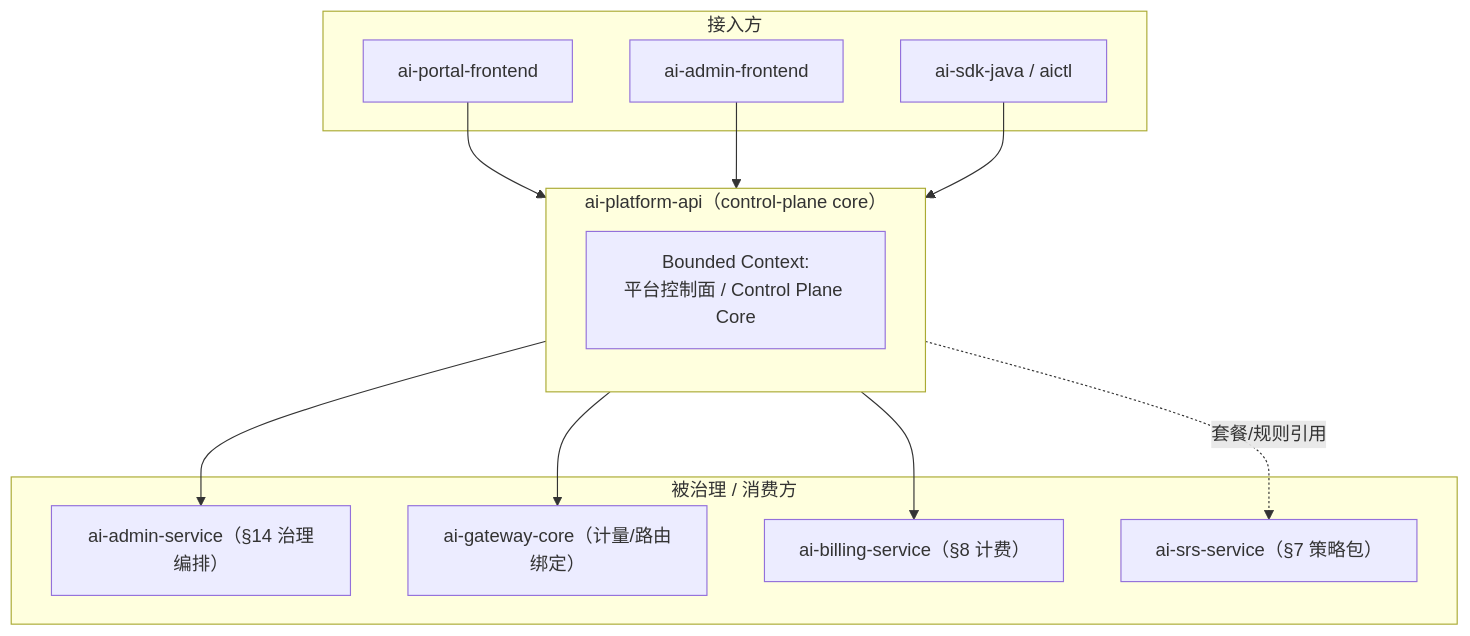
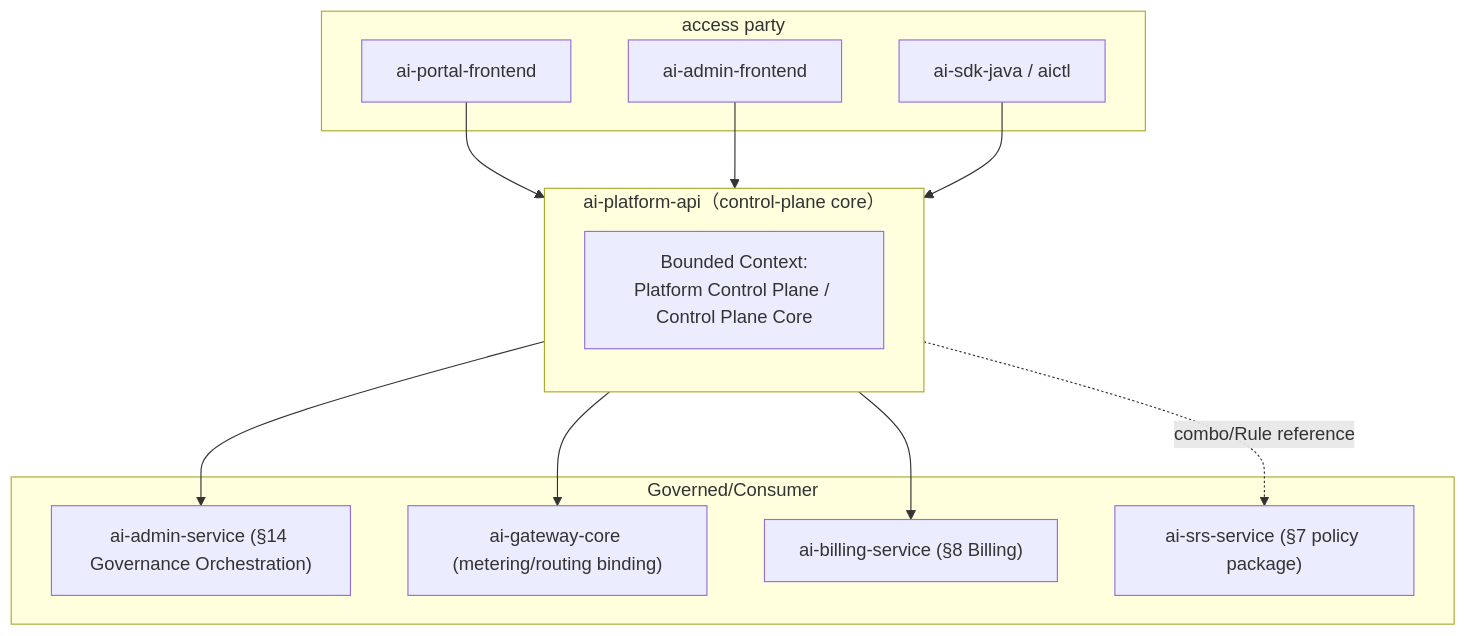
One commit to open-strata-ai/ai-platform-api changed the first of 5 diagrams in design/DESIGN.md. Above: the diagram before and after it, drawn with Mermaid. The commit also changed other lines of this file and 9 other files, not shown here.

````diff
--- a/design/DESIGN.md
+++ b/design/DESIGN.md
@@ -23,25 +23,25 @@
 ```mermaid
 graph TB
-    subgraph 接入方
+    subgraph access party
         PF["ai-portal-frontend"]
         AF["ai-admin-frontend"]
         SDK["ai-sdk-java / aictl"]
     end
-    subgraph 本服务["ai-platform-api（control-plane core）"]
+    subgraph This service["ai-platform-api（control-plane core）"]
         direction TB
-        BC["Bounded Context:<br/>平台控制面 / Control Plane Core"]
+        BC["Bounded Context:<br/>Platform Control Plane / Control Plane Core"]
     end
-    subgraph 下游["被治理 / 消费方"]
-        ADM["ai-admin-service（§14 治理编排）"]
-        GW["ai-gateway-core（计量/路由绑定）"]
-        BILL["ai-billing-service（§8 计费）"]
-        SRS["ai-srs-service（§7 策略包）"]
+    subgraph downstream["Governed/Consumer"]
+        ADM["ai-admin-service (§14 Governance Orchestration)"]
+        GW["ai-gateway-core (metering/routing binding)"]
+        BILL["ai-billing-service (§8 Billing)"]
+        SRS["ai-srs-service (§7 policy package)"]
     end
     PF --> BC
     AF --> BC
     SDK --> BC
     BC --> ADM
     BC --> GW
     BC --> BILL
-    BC -. 套餐/规则引用 .-> SRS
+    BC -. combo/Rule reference .-> SRS
 ```
````
